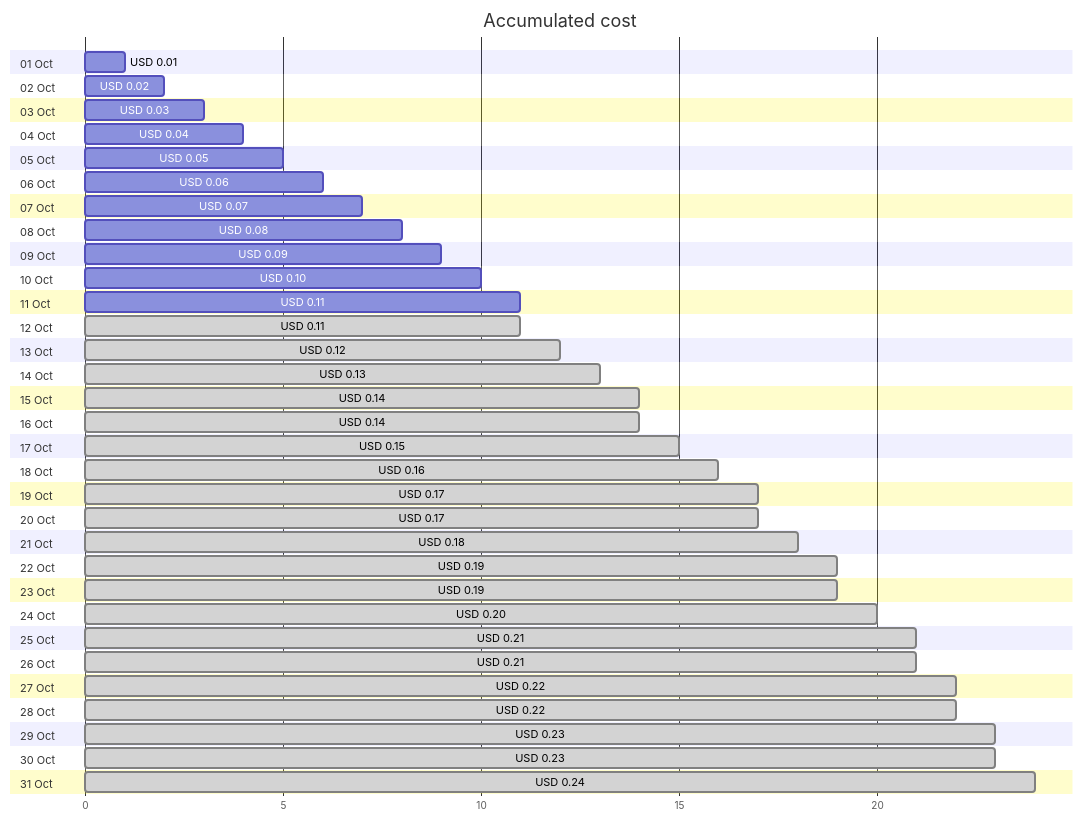
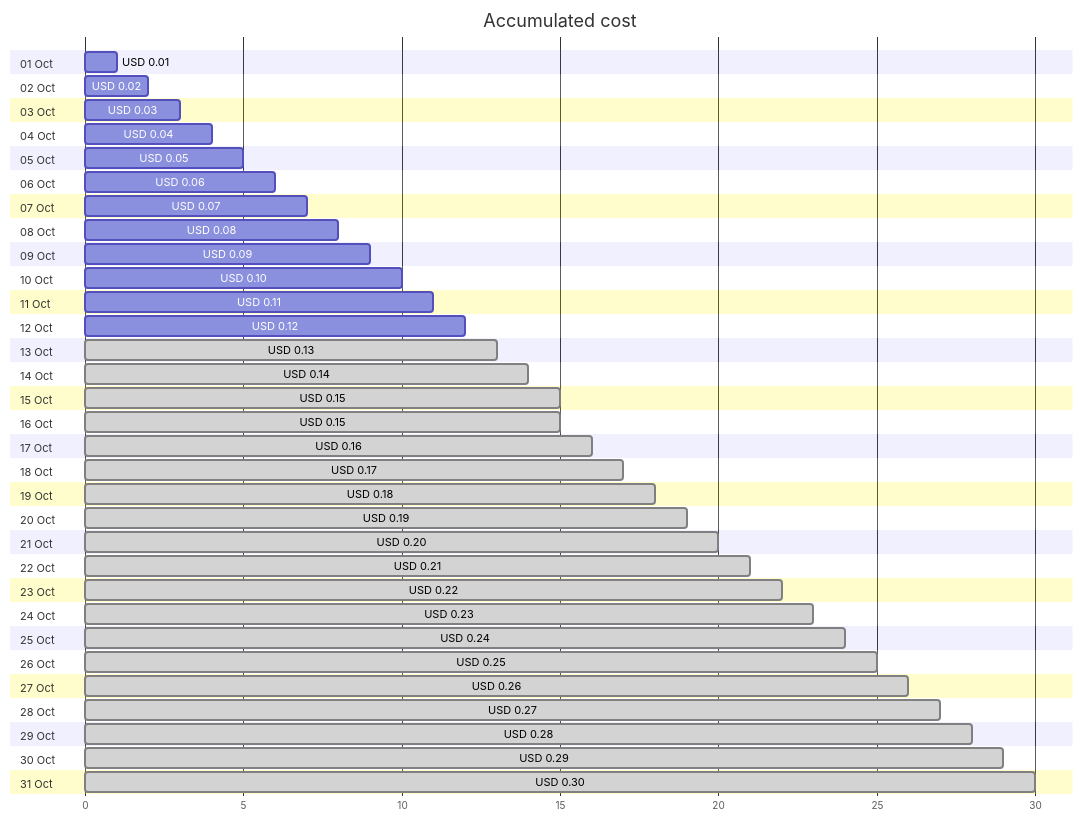
The first of 4 diagrams in cost-reports/cloud-shell-storage-eastus/README.md (jpfulton/azure-personal-reports), drawn with Mermaid before and after one commit. The commit also changed other lines of this file and 1 other file, not shown here.

````diff
--- a/cost-reports/cloud-shell-storage-eastus/README.md
+++ b/cost-reports/cloud-shell-storage-eastus/README.md
@@ -20,68 +20,68 @@
 ```mermaid
 gantt
    title Accumulated cost
    dateFormat  X
    axisFormat %s
    section 01 Oct
    USD 0.01 :0, 1
    section 02 Oct
    USD 0.02 :0, 2
    section 03 Oct
    USD 0.03 :0, 3
    section 04 Oct
    USD 0.04 :0, 4
    section 05 Oct
    USD 0.05 :0, 5
    section 06 Oct
    USD 0.06 :0, 6
    section 07 Oct
    USD 0.07 :0, 7
    section 08 Oct
    USD 0.08 :0, 8
    section 09 Oct
    USD 0.09 :0, 9
    section 10 Oct
    USD 0.10 :0, 10
    section 11 Oct
    USD 0.11 :0, 11
    section 12 Oct
-   USD 0.11 : done, 0, 11
+   USD 0.12 :0, 12
    section 13 Oct
-   USD 0.12 : done, 0, 12
+   USD 0.13 : done, 0, 13
    section 14 Oct
-   USD 0.13 : done, 0, 13
+   USD 0.14 : done, 0, 14
    section 15 Oct
-   USD 0.14 : done, 0, 14
+   USD 0.15 : done, 0, 15
    section 16 Oct
-   USD 0.14 : done, 0, 14
+   USD 0.15 : done, 0, 15
    section 17 Oct
-   USD 0.15 : done, 0, 15
+   USD 0.16 : done, 0, 16
    section 18 Oct
-   USD 0.16 : done, 0, 16
+   USD 0.17 : done, 0, 17
    section 19 Oct
-   USD 0.17 : done, 0, 17
+   USD 0.18 : done, 0, 18
    section 20 Oct
-   USD 0.17 : done, 0, 17
+   USD 0.19 : done, 0, 19
    section 21 Oct
-   USD 0.18 : done, 0, 18
+   USD 0.20 : done, 0, 20
    section 22 Oct
-   USD 0.19 : done, 0, 19
+   USD 0.21 : done, 0, 21
    section 23 Oct
-   USD 0.19 : done, 0, 19
+   USD 0.22 : done, 0, 22
    section 24 Oct
-   USD 0.20 : done, 0, 20
+   USD 0.23 : done, 0, 23
    section 25 Oct
-   USD 0.21 : done, 0, 21
+   USD 0.24 : done, 0, 24
    section 26 Oct
-   USD 0.21 : done, 0, 21
+   USD 0.25 : done, 0, 25
    section 27 Oct
-   USD 0.22 : done, 0, 22
+   USD 0.26 : done, 0, 26
    section 28 Oct
-   USD 0.22 : done, 0, 22
+   USD 0.27 : done, 0, 27
    section 29 Oct
-   USD 0.23 : done, 0, 23
+   USD 0.28 : done, 0, 28
    section 30 Oct
-   USD 0.23 : done, 0, 23
+   USD 0.29 : done, 0, 29
    section 31 Oct
-   USD 0.24 : done, 0, 24
+   USD 0.30 : done, 0, 30
 ```
````
